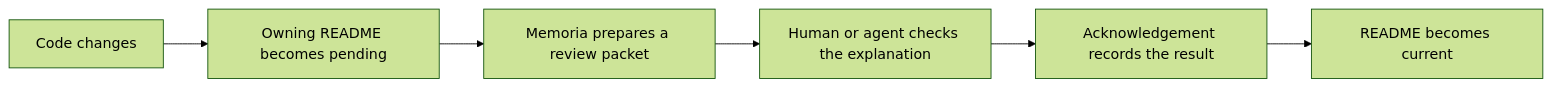
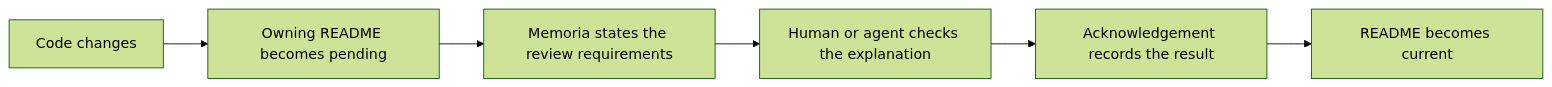
One commit to viktordanov/rs-memoria changed the first of 2 diagrams in README.md. Above: the diagram before and after it, drawn with Mermaid (forest theme). The commit also changed other lines of this file and 68 other files, not shown here.

````diff
--- a/README.md
+++ b/README.md
@@ -126,10 +128,10 @@
 ```mermaid
 flowchart LR
     accTitle: A code change becomes a recorded documentation review.
     accDescr: Memoria identifies the owning README, prepares its evidence, and records a human or agent decision.
     change["Code changes"] --> owner["Owning README becomes pending"]
-    owner --> packet["Memoria prepares a review packet"]
+    owner --> packet["Memoria states the review requirements"]
     packet --> decision["Human or agent checks the explanation"]
     decision --> ack["Acknowledgement records the result"]
     ack --> current["README becomes current"]
 ```
````
